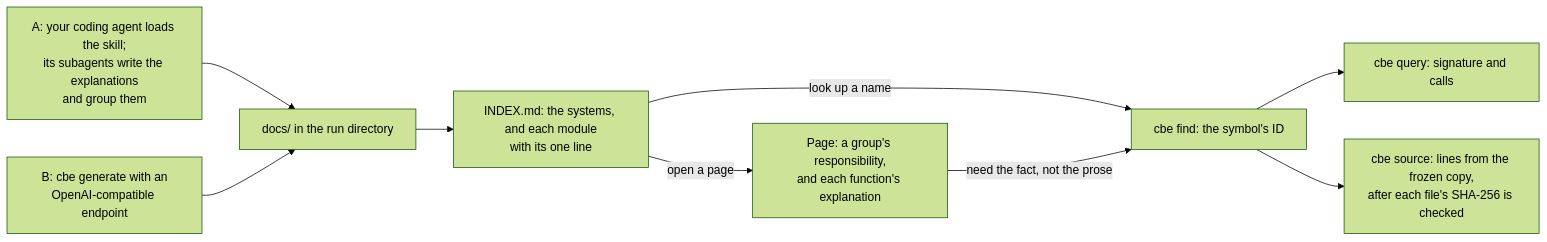
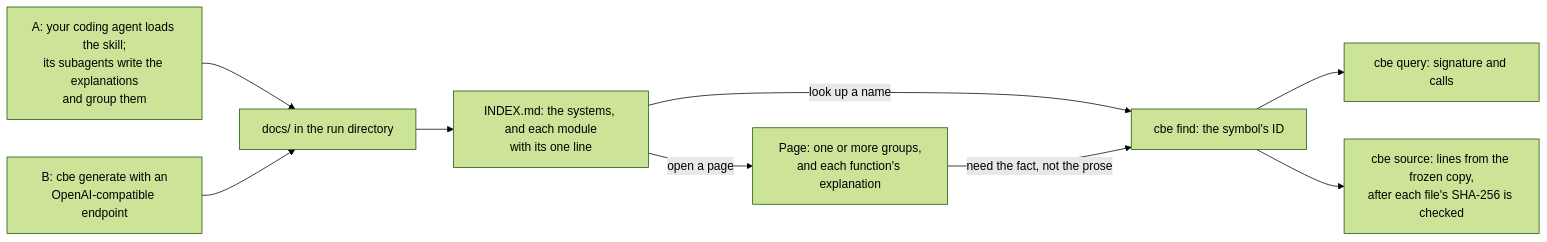
Before and after one commit to zlxdengtianhei/codebase-explorer: the second of 2 diagrams in README.md, drawn with Mermaid (forest theme). The commit also changed 3 other files, not shown here.

First line of the commit message:
Note re-rendering older runs before verify; correct size-budget and diagram notes

````diff
--- a/README.md
+++ b/README.md
@@ -117,11 +117,11 @@
 ```mermaid
 flowchart LR
   A["A: your coding agent loads the skill;<br/>its subagents write the explanations<br/>and group them"] --> D["docs/ in the run directory"]
   B["B: cbe generate with an<br/>OpenAI-compatible endpoint"] --> D
   D --> I["INDEX.md: the systems, and each module<br/>with its one line"]
-  I -->|"open a page"| M["Page: a group's responsibility,<br/>and each function's explanation"]
+  I -->|"open a page"| M["Page: one or more groups,<br/>and each function's explanation"]
   I -->|"look up a name"| N["cbe find: the symbol's ID"]
   M -->|"need the fact, not the prose"| N
   N --> Q["cbe query: signature and calls"]
   N --> S["cbe source: lines from the frozen copy,<br/>after each file's SHA-256 is checked"]
 ```
````
